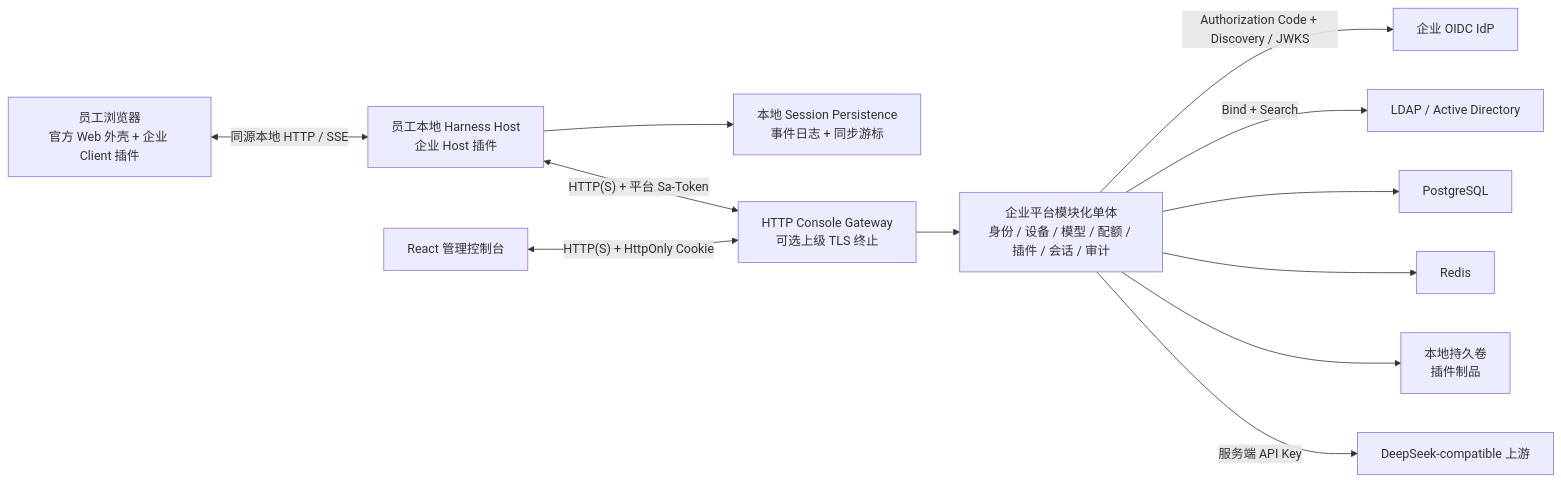
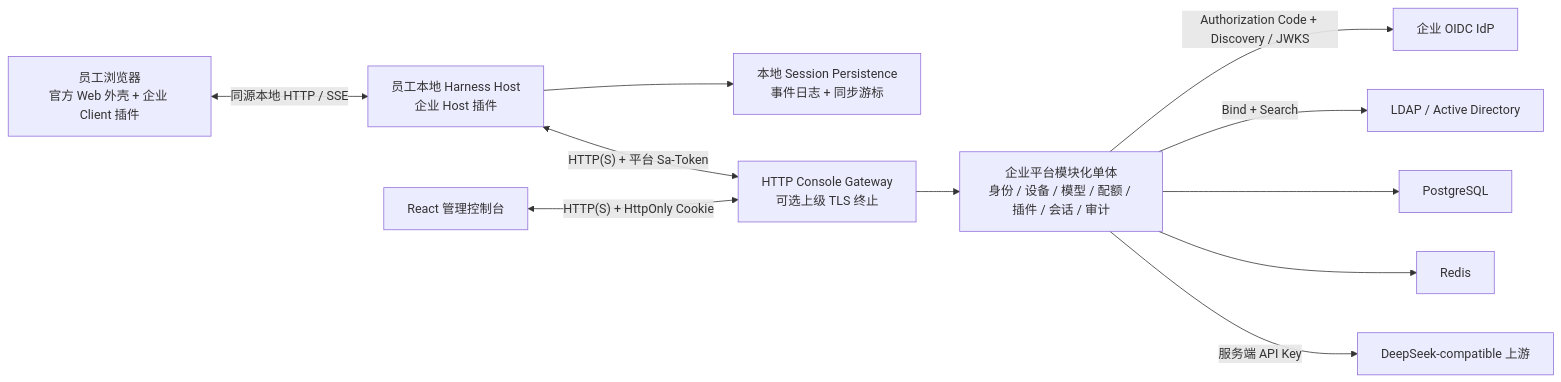
Before and after one commit to boe1900/owndsh: the first of 2 diagrams in docs/owndsh-governance-mvp-design.md, drawn with Mermaid. The commit also changed other lines of this file and 157 other files, not shown here.

````diff
--- a/docs/owndsh-governance-mvp-design.md
+++ b/docs/owndsh-governance-mvp-design.md
@@ -147,27 +147,25 @@
 ```mermaid
 flowchart LR
   employee["员工浏览器<br/>官方 Web 外壳 + 企业 Client 插件"]
   host["员工本地 Harness Host<br/>企业 Host 插件"]
   local["本地 Session Persistence<br/>事件日志 + 同步游标"]
   proxy["HTTP Console Gateway<br/>可选上级 TLS 终止"]
   server["企业平台模块化单体<br/>身份 / 设备 / 模型 / 配额 / 插件 / 会话 / 审计"]
   admin["React 管理控制台"]
   oidc["企业 OIDC IdP"]
   ldap["LDAP / Active Directory"]
   postgres["PostgreSQL"]
   redis["Redis"]
-  artifact["本地持久卷<br/>插件制品"]
   upstream["DeepSeek-compatible 上游"]
 
   employee <-->|"同源本地 HTTP / SSE"| host
   host --> local
   host <-->|"HTTP(S) + 平台 Sa-Token"| proxy
   admin <-->|"HTTP(S) + HttpOnly Cookie"| proxy
   proxy --> server
   server -->|"Authorization Code + Discovery / JWKS"| oidc
   server -->|"Bind + Search"| ldap
   server --> postgres
   server --> redis
-  server --> artifact
   server -->|"服务端 API Key"| upstream
 ```
````
